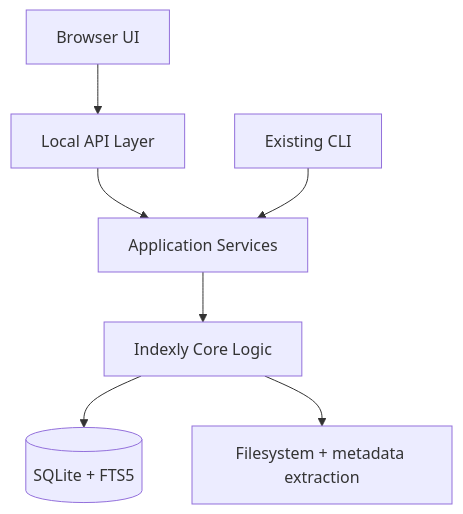
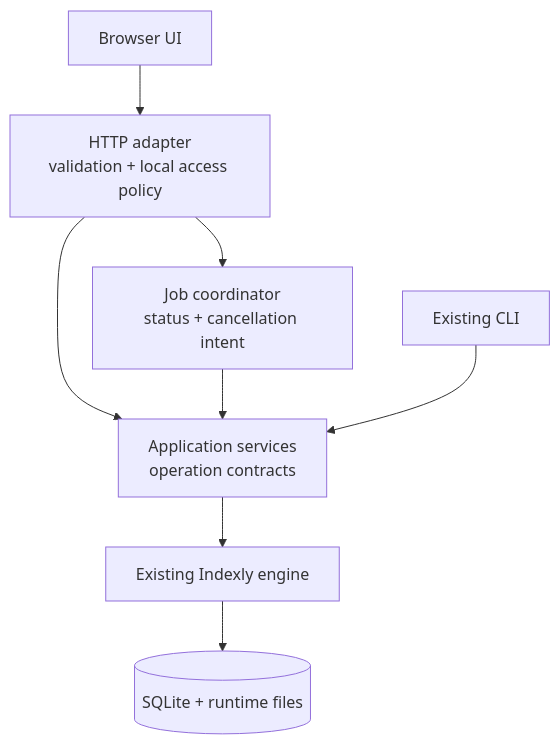
One commit to kimsgent/project-indexly changed the first of 2 diagrams in src/indexly/docs/local-web-ui/architecture.md. Above: the diagram before and after it, drawn with Mermaid. The commit also changed other lines of this file and 4 other files, not shown here.

````diff
--- a/src/indexly/docs/local-web-ui/architecture.md
+++ b/src/indexly/docs/local-web-ui/architecture.md
@@ -11,9 +21,10 @@
 ```mermaid
 flowchart TB
-    Browser[Browser UI] --> API[Local API Layer]
-    API --> Services[Application Services]
-    Services --> Core[Indexly Core Logic]
-    Core --> DB[(SQLite + FTS5)]
-    Core --> FS[Filesystem + metadata extraction]
+    UI[Browser UI] --> API[HTTP adapter\nvalidation + local access policy]
+    API --> Jobs[Job coordinator\nstatus + cancellation intent]
+    API --> Services[Application services\noperation contracts]
+    Jobs --> Services
+    Services --> Engine[Existing Indexly engine]
     CLI[Existing CLI] --> Services
+    Engine --> Store[(SQLite + runtime files)]
 ```
````
